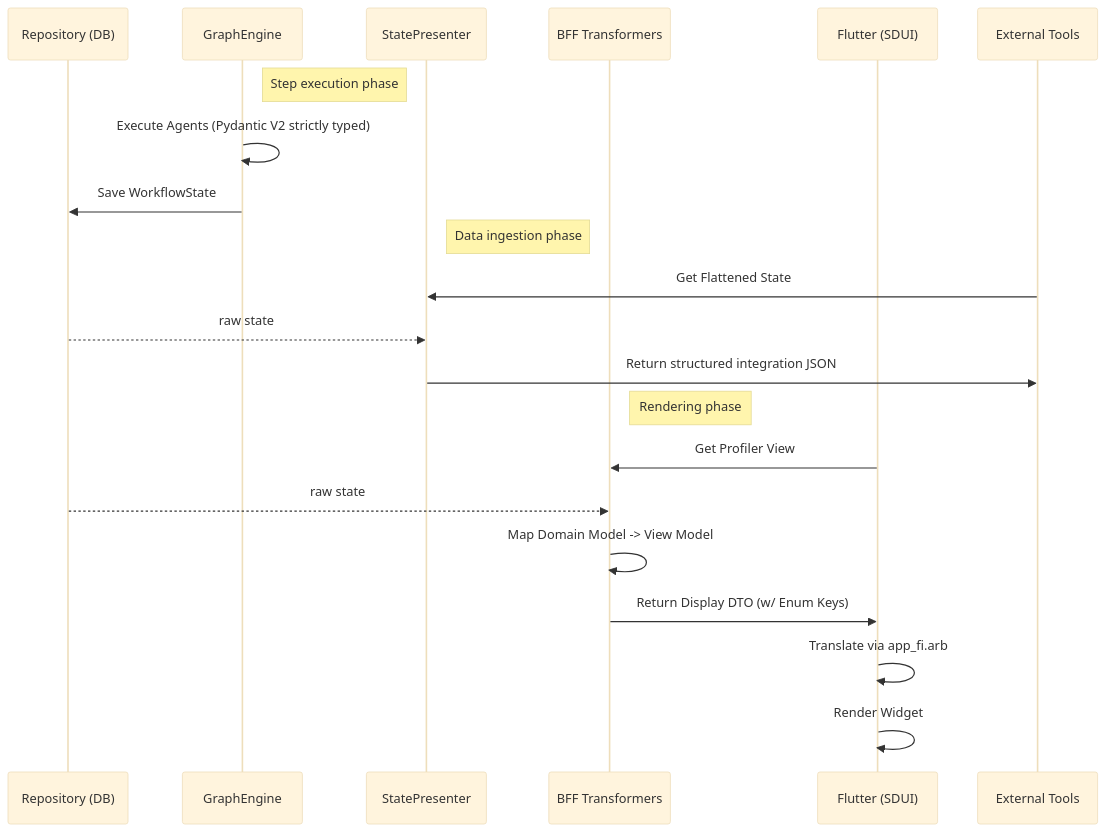
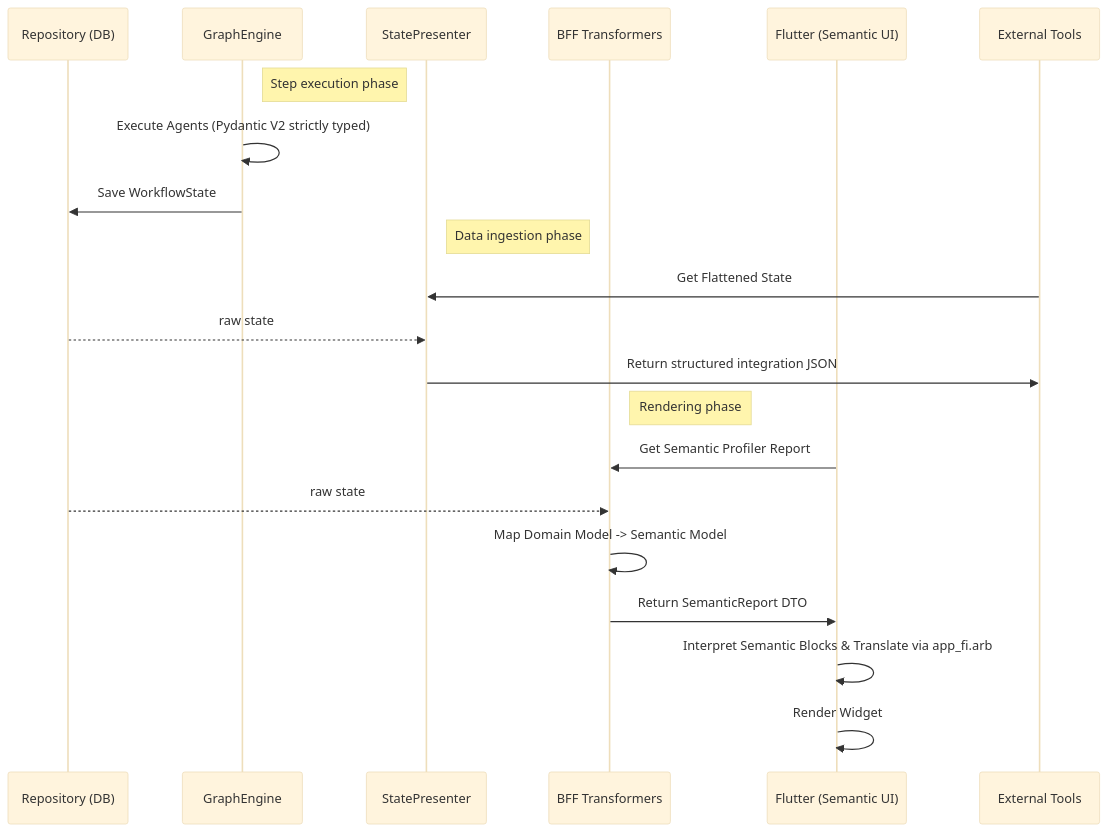
The diagram in docs/output_generation_pipeline.md (launis/quorum), drawn with Mermaid (base theme) before and after one commit. The commit also changed other lines of this file and 50 other files, not shown here.

````diff
--- a/docs/output_generation_pipeline.md
+++ b/docs/output_generation_pipeline.md
@@ -87,26 +87,26 @@
 ```mermaid
 sequenceDiagram
     participant DB as Repository (DB)
     participant E as GraphEngine
     participant SP as StatePresenter
     participant BFF as BFF Transformers
-    participant UI as Flutter (SDUI)
+    participant UI as Flutter (Semantic UI)
     participant EXT as External Tools
 
     note right of E: Step execution phase
     E->>E: Execute Agents (Pydantic V2 strictly typed)
     E->>DB: Save WorkflowState
     
     note right of SP: Data ingestion phase
     EXT->>SP: Get Flattened State
     DB-->>SP: raw state
     SP->>EXT: Return structured integration JSON
 
     note right of BFF: Rendering phase
-    UI->>BFF: Get Profiler View
+    UI->>BFF: Get Semantic Profiler Report
     DB-->>BFF: raw state
-    BFF->>BFF: Map Domain Model -> View Model
-    BFF->>UI: Return Display DTO (w/ Enum Keys)
-    UI->>UI: Translate via app_fi.arb
+    BFF->>BFF: Map Domain Model -> Semantic Model
+    BFF->>UI: Return SemanticReport DTO
+    UI->>UI: Interpret Semantic Blocks & Translate via app_fi.arb
     UI->>UI: Render Widget
 ```
````
